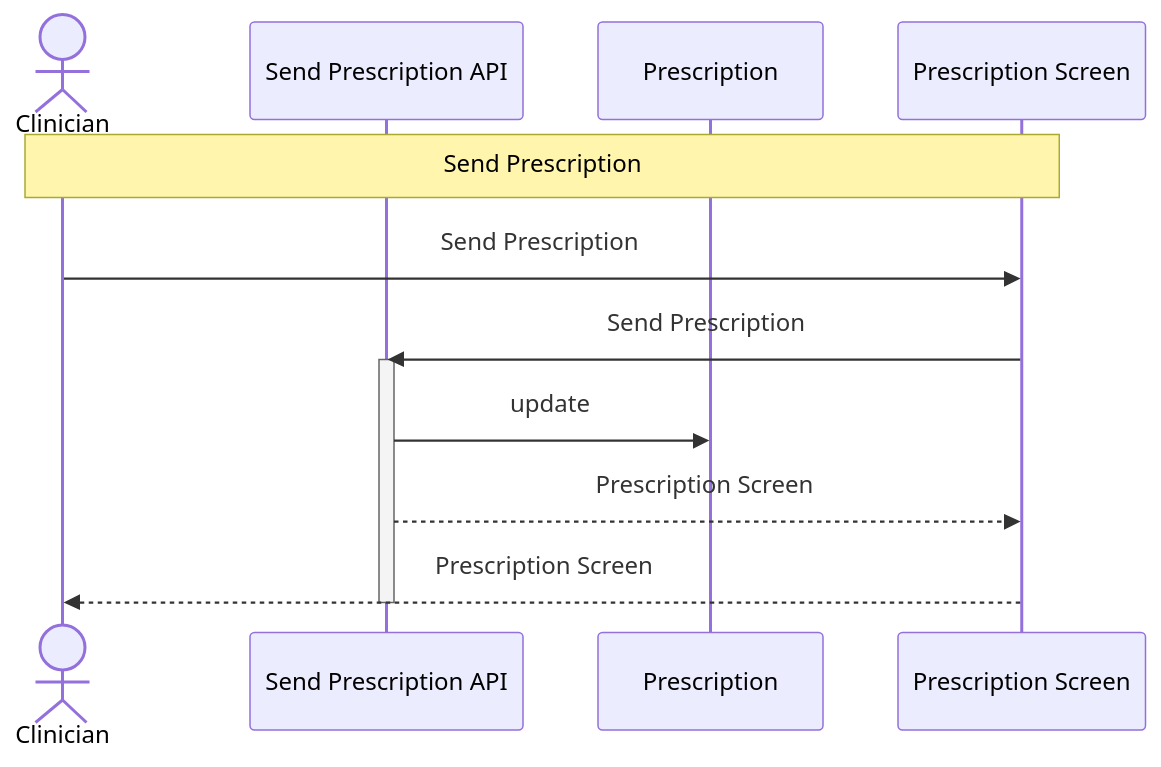
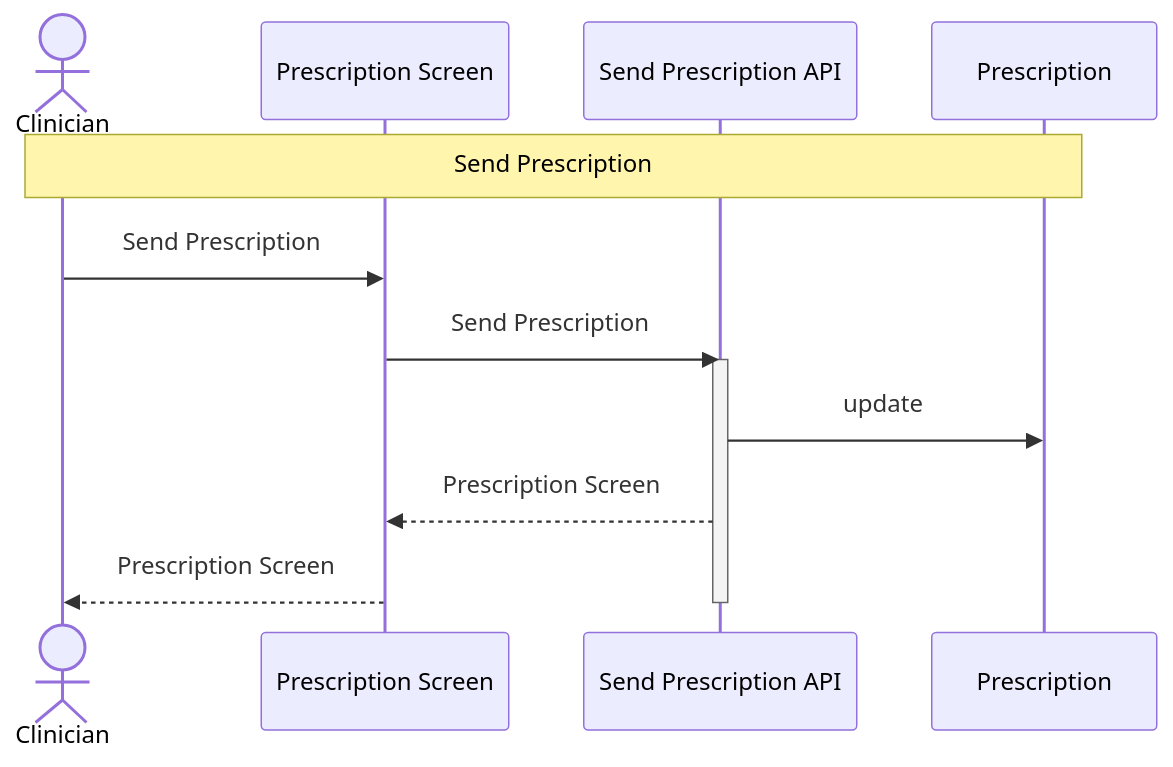
One commit to manji-0/rdra-ish-dsl changed the diagram in samples/clinic-ops/out/uc/sequence_send_prescription.mmd. Above: the diagram before and after it, drawn with Mermaid. The commit also changed 82 other files, not shown here.

Commit message:
fix: order sequence participants by interaction flow

```diff
--- a/samples/clinic-ops/out/uc/sequence_send_prescription.mmd
+++ b/samples/clinic-ops/out/uc/sequence_send_prescription.mmd
@@ -1,14 +1,14 @@
 sequenceDiagram
   actor Clinician as Clinician
+  participant PrescriptionScreen as Prescription Screen
   participant SendPrescriptionApi as Send Prescription API
   participant Prescription as Prescription
-  participant PrescriptionScreen as Prescription Screen
 
-  Note over Clinician,PrescriptionScreen: Send Prescription
+  Note over Clinician,Prescription: Send Prescription
   Clinician->>PrescriptionScreen: Send Prescription
   PrescriptionScreen->>SendPrescriptionApi: Send Prescription
   activate SendPrescriptionApi
   SendPrescriptionApi->>Prescription: update
   SendPrescriptionApi-->>PrescriptionScreen: Prescription Screen
   PrescriptionScreen-->>Clinician: Prescription Screen
   deactivate SendPrescriptionApi
```
